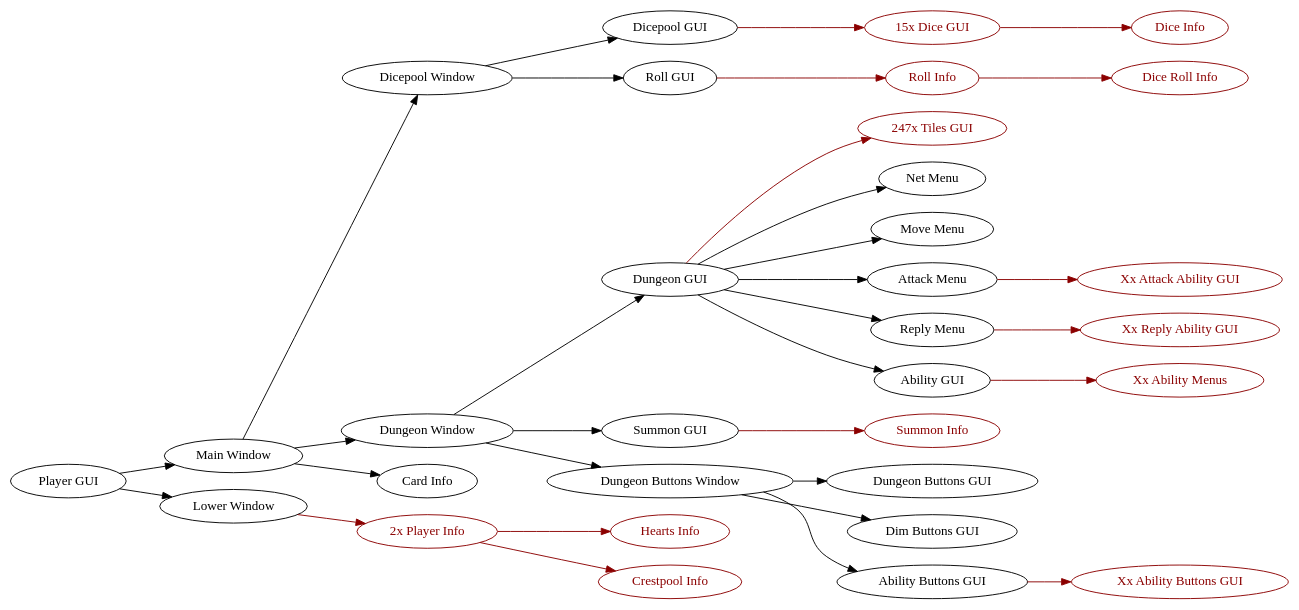
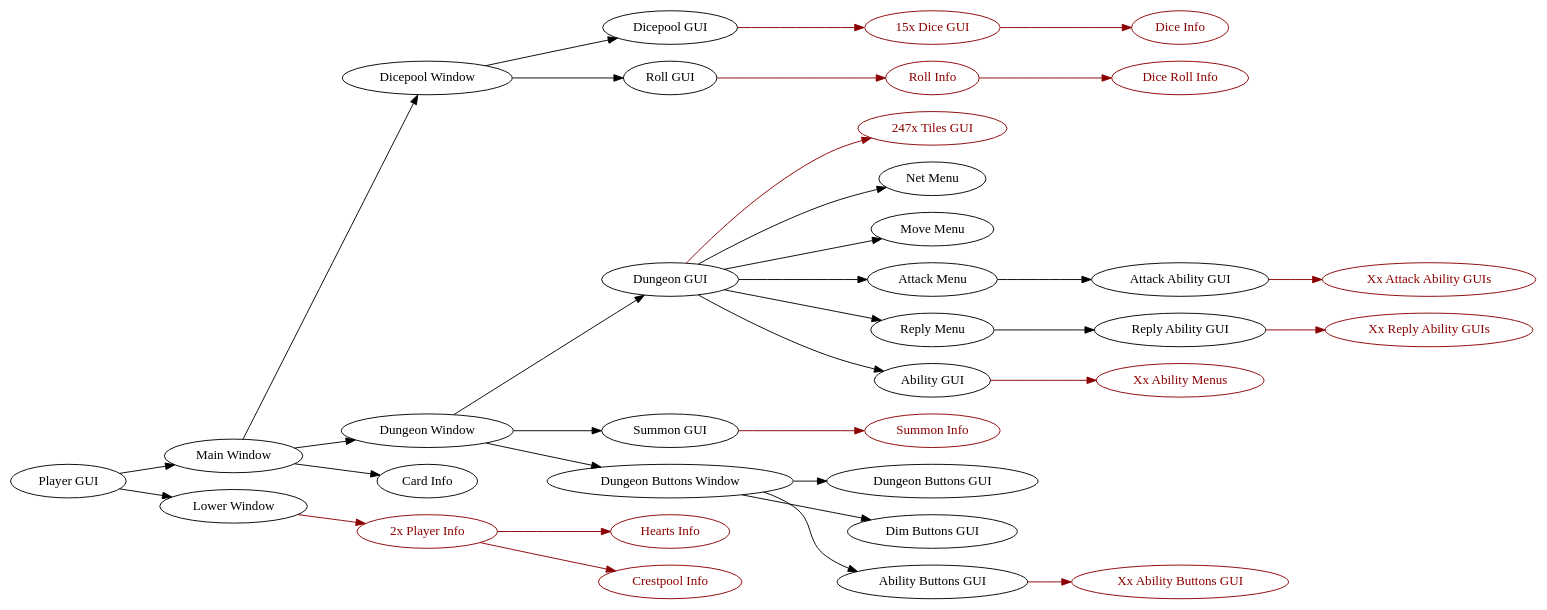
Before and after one commit to francocurotto/DDMre: the diagram in documentation/diagrams/player_gui.dot, drawn with Graphviz. The commit also changed 10 other files, not shown here.

Commit message:
finish reply_ability_gui

```diff
--- a/documentation/diagrams/player_gui.dot
+++ b/documentation/diagrams/player_gui.dot
@@ -1,22 +1,24 @@
 digraph player_gui {
     rankdir=LR
     "Player GUI" -> {"Main Window", "Lower Window"}
     "Main Window" -> {"Dicepool Window", "Dungeon Window", "Card Info"}
     "Dicepool Window" -> {"Dicepool GUI", "Roll GUI"}
     "Dicepool GUI" -> {"15x Dice GUI"[color=darkred, fontcolor=darkred]} [color=darkred]
     "15x Dice GUI" -> {"Dice Info"[color=darkred, fontcolor=darkred]} [color=darkred]
     "Roll GUI" -> {"Roll Info"[color=darkred, fontcolor=darkred]} [color=darkred]
     "Roll Info" -> {"Dice Roll Info"[color=darkred, fontcolor=darkred]} [color=darkred]
     "Dungeon Window" -> {"Dungeon GUI", "Summon GUI", "Dungeon Buttons Window"}
     "Dungeon GUI" -> {"247x Tiles GUI" [color=darkred, fontcolor=darkred]} [color=darkred]
     "Dungeon GUI" -> {"Net Menu", "Move Menu", "Attack Menu", "Reply Menu", "Ability GUI"}
-    "Attack Menu" -> {"Xx Attack Ability GUI"[color=darkred, fontcolor=darkred]} [color=darkred]
-    "Reply Menu" -> {"Xx Reply Ability GUI"[color=darkred, fontcolor=darkred]} [color=darkred]
+    "Attack Menu" -> "Attack Ability GUI"
+    "Attack Ability GUI" -> {"Xx Attack Ability GUIs"[color=darkred, fontcolor=darkred]} [color=darkred]
+    "Reply Menu" -> "Reply Ability GUI"
+    "Reply Ability GUI" -> {"Xx Reply Ability GUIs"[color=darkred, fontcolor=darkred]} [color=darkred]
     "Ability GUI" -> {"Xx Ability Menus"[color=darkred, fontcolor=darkred]} [color=darkred]
     "Summon GUI" -> {"Summon Info"[color=darkred, fontcolor=darkred]} [color=darkred]
     "Dungeon Buttons Window" -> {"Dungeon Buttons GUI", "Dim Buttons GUI", "Ability Buttons GUI"}
     "Ability Buttons GUI" -> {"Xx Ability Buttons GUI"[color=darkred, fontcolor=darkred]} [color=darkred]
     "Lower Window" -> {"2x Player Info"[color=darkred, fontcolor=darkred]} [color=darkred]
     "2x Player Info" -> {"Hearts Info"[color=darkred, fontcolor=darkred]} [color=darkred] 
     "2x Player Info" -> {"Crestpool Info"[color=darkred, fontcolor=darkred]} [color=darkred]
 }
```
